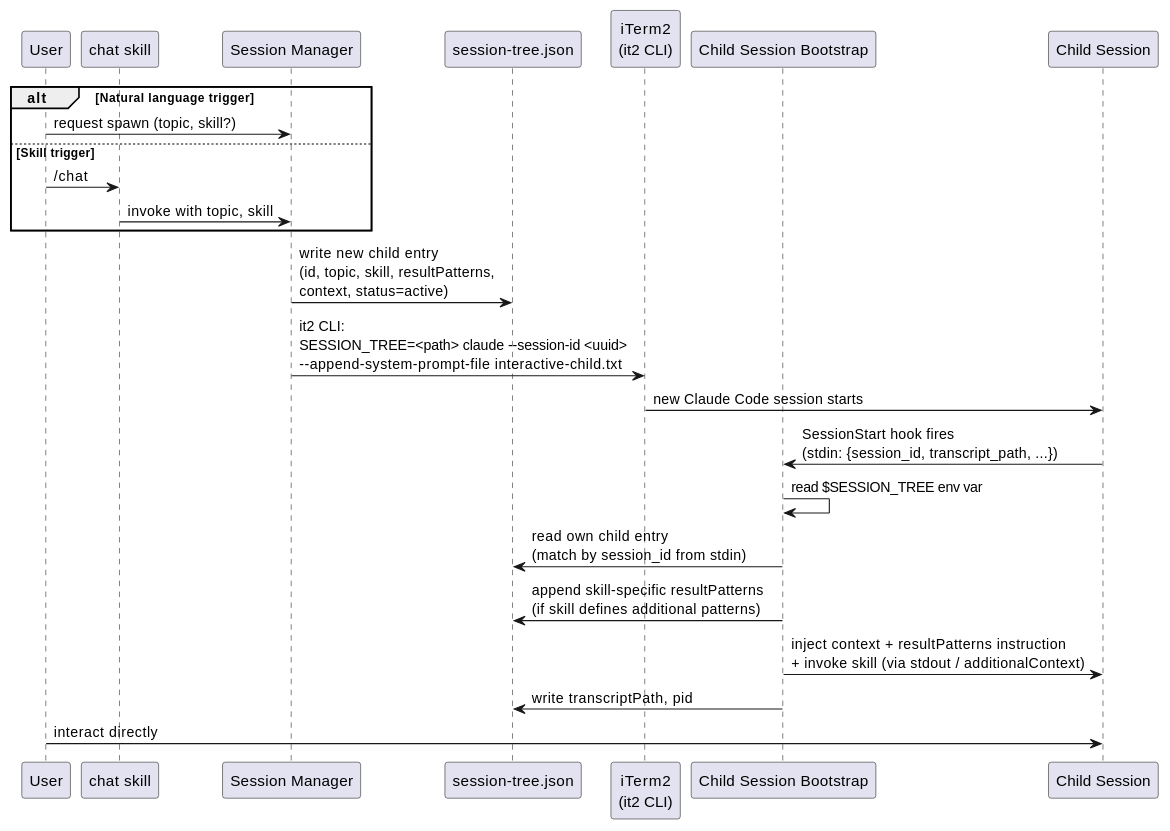
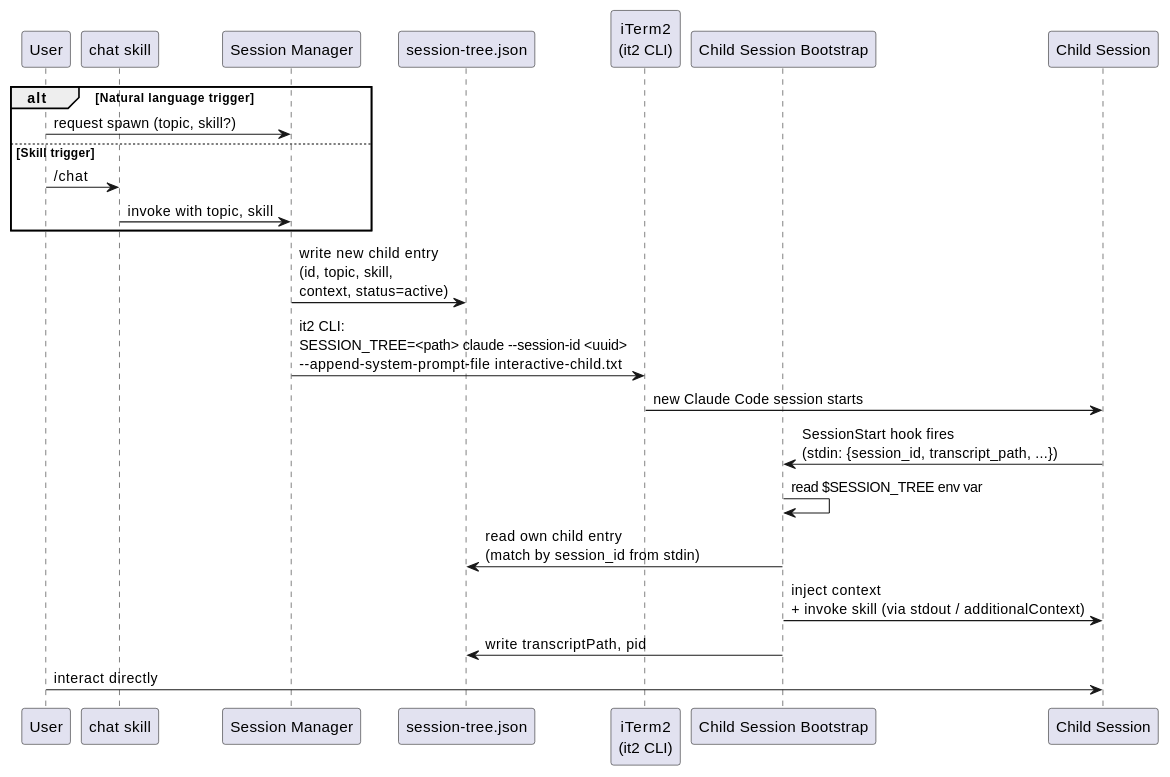
The third of 6 diagrams in A4/co-think/2026-03-29-2100-agent-orchestrator.architecture.md (studykit/studykit-marketplace), drawn with PlantUML before and after one commit. The commit also changed other lines of this file and 28 other files, not shown here.

````diff
--- a/A4/co-think/2026-03-29-2100-agent-orchestrator.architecture.md
+++ b/A4/co-think/2026-03-29-2100-agent-orchestrator.architecture.md
@@ -109,29 +109,28 @@
 ```plantuml
 @startuml
 participant "User" as U
 participant "chat skill" as SK
 participant "Session Manager" as SM
 participant "session-tree.json" as ST
 participant "iTerm2\n(it2 CLI)" as IT
 participant "Child Session Bootstrap" as CB
 participant "Child Session" as CS
 
 alt Natural language trigger
   U -> SM : request spawn (topic, skill?)
 else Skill trigger
   U -> SK : /chat
   SK -> SM : invoke with topic, skill
 end
 
-SM -> ST : write new child entry\n(id, topic, skill, resultPatterns,\ncontext, status=active)
+SM -> ST : write new child entry\n(id, topic, skill,\ncontext, status=active)
 SM -> IT : it2 CLI:\nSESSION_TREE=<path> claude --session-id <uuid>\n--append-system-prompt-file interactive-child.txt
 IT -> CS : new Claude Code session starts
 CS -> CB : SessionStart hook fires\n(stdin: {session_id, transcript_path, ...})
 CB -> CB : read $SESSION_TREE env var
 CB -> ST : read own child entry\n(match by session_id from stdin)
-CB -> ST : append skill-specific resultPatterns\n(if skill defines additional patterns)
-CB -> CS : inject context + resultPatterns instruction\n+ invoke skill (via stdout / additionalContext)
+CB -> CS : inject context\n+ invoke skill (via stdout / additionalContext)
 CB -> ST : write transcriptPath, pid
 U -> CS : interact directly
 @enduml
 ```
````
